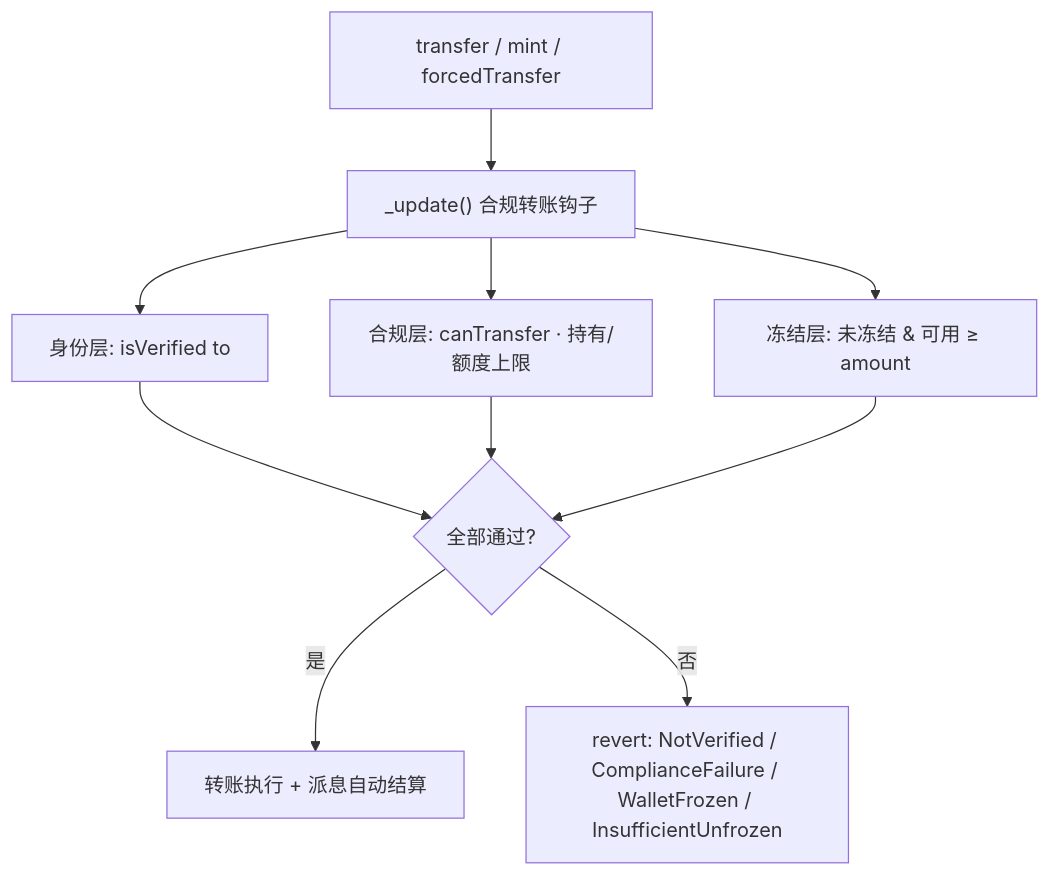
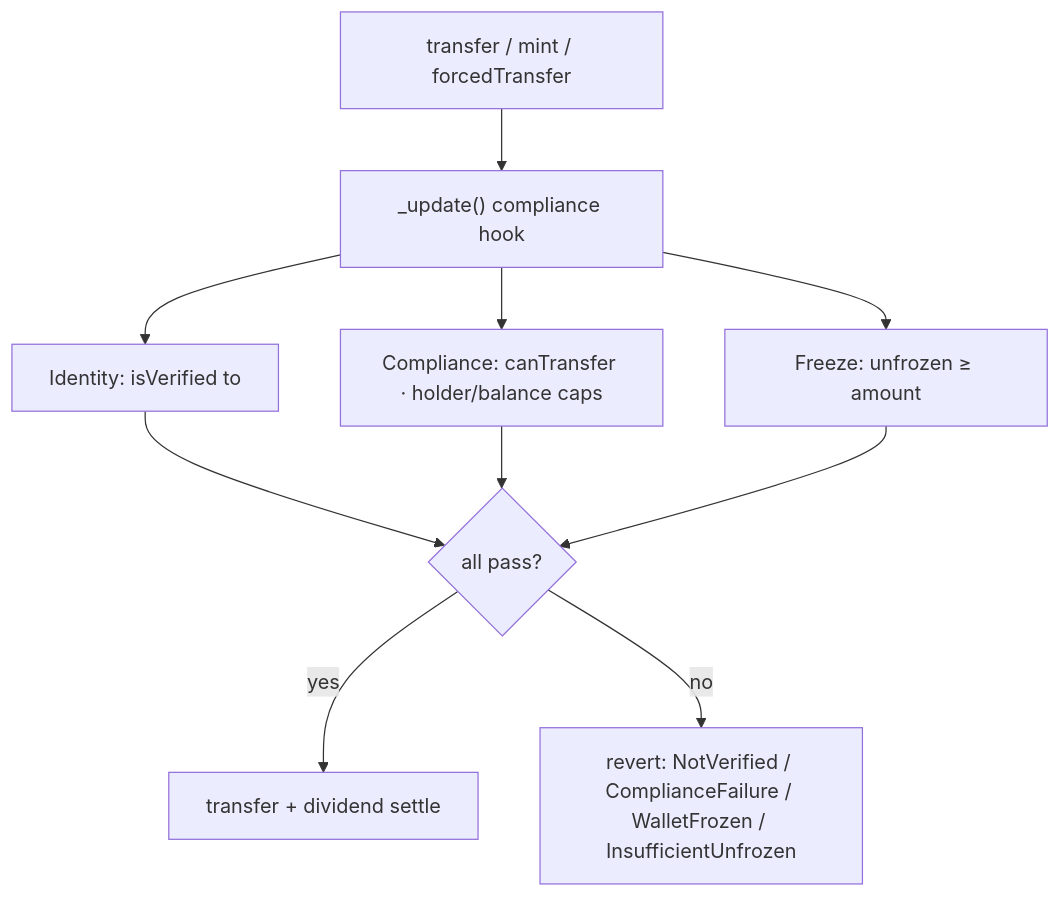
One commit to rachelzzz1921/hatchfi-pharos-skill changed the diagram in docs/SUBMISSION.md. Above: the diagram before and after it, drawn with Mermaid. The commit also changed other lines of this file and 5 other files, not shown here.

````diff
--- a/docs/SUBMISSION.md
+++ b/docs/SUBMISSION.md
@@ -62,12 +64,12 @@
 ```mermaid
 flowchart TD
-    A[transfer / mint / forcedTransfer] --> H["_update() 合规转账钩子"]
-    H --> C1[身份层: isVerified to]
-    H --> C2[合规层: canTransfer · 持有/额度上限]
-    H --> C3[冻结层: 未冻结 & 可用 ≥ amount]
-    C1 --> P{全部通过?}
+    A[transfer / mint / forcedTransfer] --> H["_update() compliance hook"]
+    H --> C1[Identity: isVerified to]
+    H --> C2[Compliance: canTransfer · holder/balance caps]
+    H --> C3[Freeze: unfrozen ≥ amount]
+    C1 --> P{all pass?}
     C2 --> P
     C3 --> P
-    P -- 是 --> OK[转账执行 + 派息自动结算]
-    P -- 否 --> REV[revert: NotVerified / ComplianceFailure / WalletFrozen / InsufficientUnfrozen]
+    P -- yes --> OK[transfer + dividend settle]
+    P -- no --> REV[revert: NotVerified / ComplianceFailure / WalletFrozen / InsufficientUnfrozen]
 ```
````
